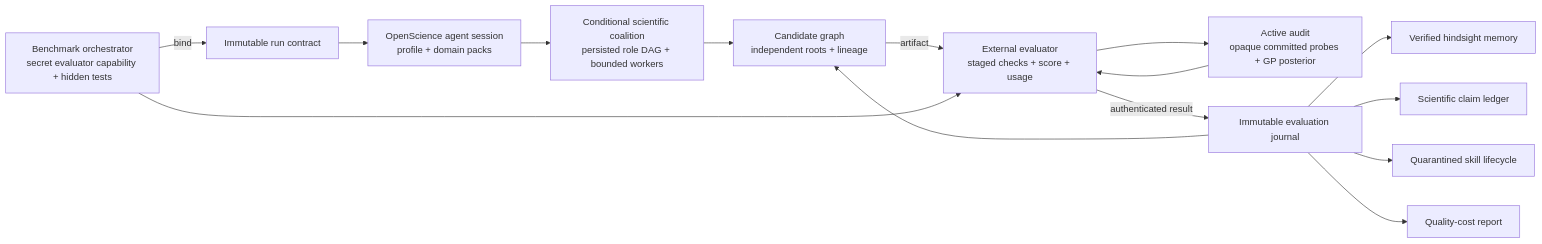
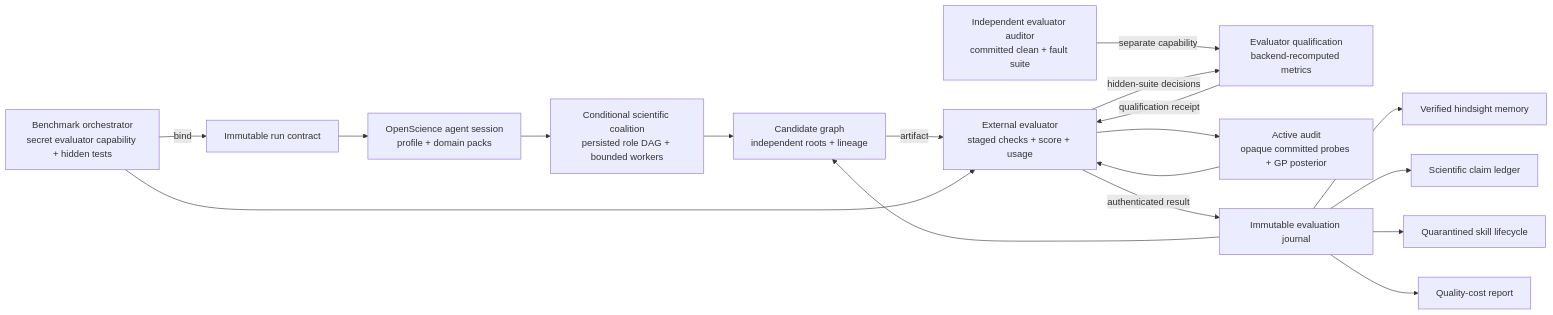
The diagram in docs/HARNESS.md (synthetic-sciences/openscience), drawn with Mermaid before and after one commit. The commit also changed other lines of this file and 14 other files, not shown here.

````diff
--- a/docs/HARNESS.md
+++ b/docs/HARNESS.md
@@ -24,30 +25,35 @@
 ```mermaid
 flowchart LR
     O["Benchmark orchestrator\nsecret evaluator capability + hidden tests"]
     C["Immutable run contract"]
     A["OpenScience agent session\nprofile + domain packs"]
     Q["Conditional scientific coalition\npersisted role DAG + bounded workers"]
     G["Candidate graph\nindependent roots + lineage"]
     E["External evaluator\nstaged checks + score + usage"]
+    V["Independent evaluator auditor\ncommitted clean + fault suite"]
+    W["Evaluator qualification\nbackend-recomputed metrics"]
     U["Active audit\nopaque committed probes + GP posterior"]
     J["Immutable evaluation journal"]
     M["Verified hindsight memory"]
     K["Scientific claim ledger"]
     S["Quarantined skill lifecycle"]
     R["Quality-cost report"]
 
     O -->|bind| C
     C --> A
     A --> Q
     Q --> G
     G -->|artifact| E
     O --> E
+    V -->|separate capability| W
+    E -->|hidden-suite decisions| W
+    W -->|qualification receipt| E
     E --> U
     U --> E
     E -->|authenticated result| J
     J --> G
     J --> M
     J --> K
     J --> S
     J --> R
 ```
````
